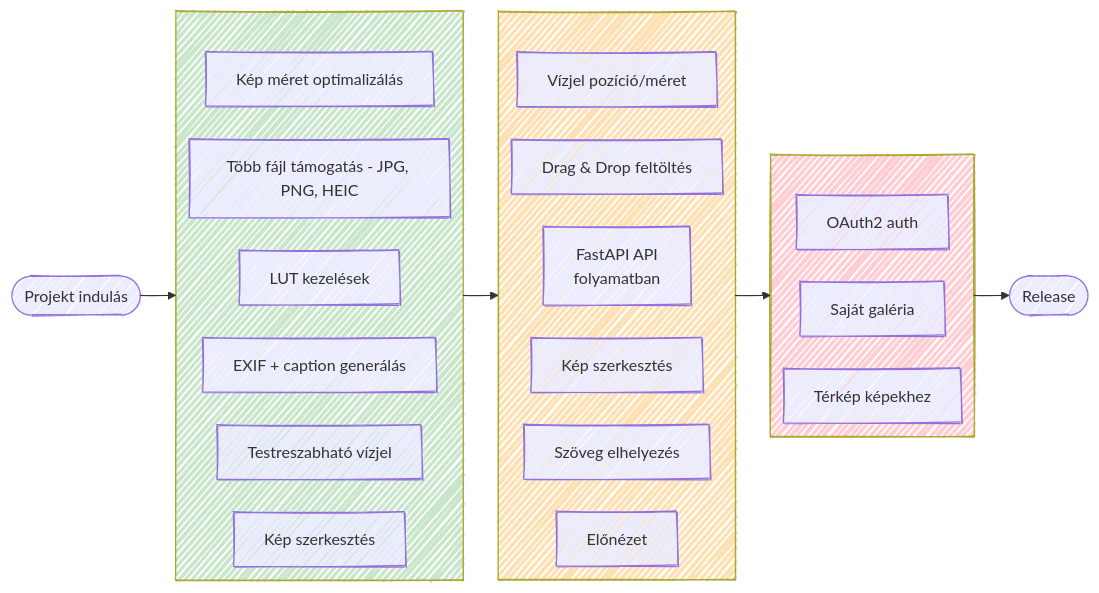
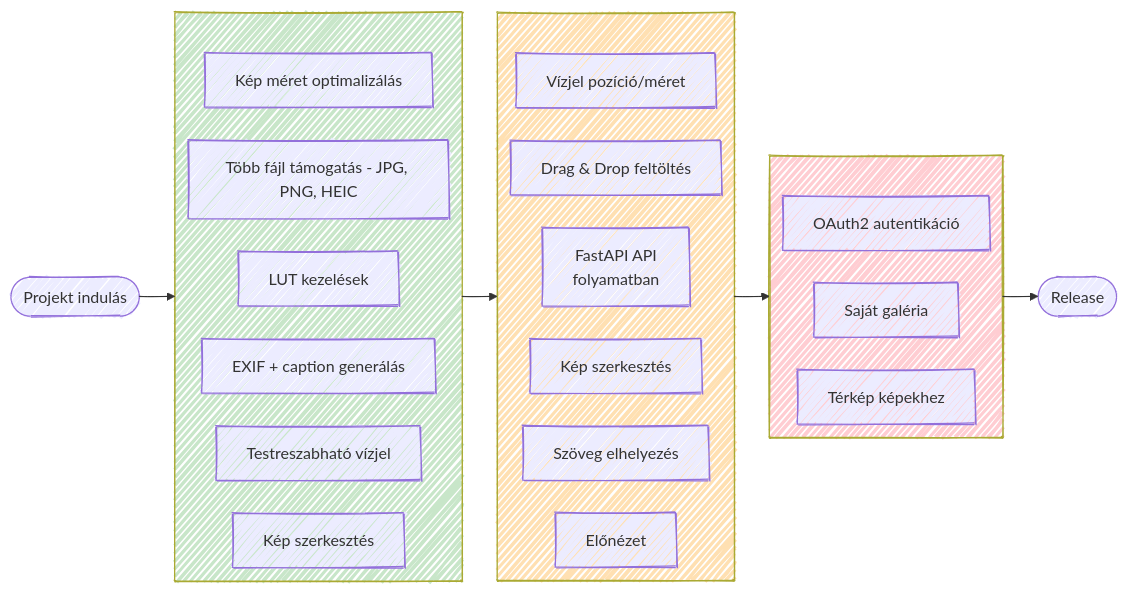
The first of 2 diagrams in README.md (bencso/ImgPrew), drawn with Mermaid before and after one commit. The commit also changed other lines of this file, not shown here.

````diff
--- a/README.md
+++ b/README.md
@@ -58,38 +71,38 @@
 ```mermaid
 ---
 config:
   look: handDrawn
   layout: elk
 ---
 flowchart LR
  subgraph MVP["<br>"]
         m1["Több fájl támogatás - JPG, PNG, HEIC"]
         m2["EXIF + caption generálás"]
         m3["Kép méret optimalizálás"]
         m4["Testreszabható vízjel"]
         m5["Kép szerkesztés"]
         m6["LUT kezelések"]
   end
  subgraph WEB["<br>"]
         w1["Drag & Drop feltöltés"]
         w2["Kép szerkesztés"]
         w3["Vízjel pozíció/méret"]
         w4["Szöveg elhelyezés"]
         w5["Előnézet"]
         w6["FastAPI API\nfolyamatban"]
   end
  subgraph ADV["</br>"]
         a1["Saját galéria"]
         a2["Térkép képekhez"]
-        a3["OAuth2 auth"]
+        a3["OAuth2 autentikáció"]
   end
     Start["Projekt indulás"] --> MVP
     MVP --> WEB
     WEB --> ADV
     ADV --> End(["Release"])
 
     Start@{ shape: terminal}
     style MVP fill:#C8E6C9,color:#00C853
     style WEB fill:#FFE0B2
     style ADV fill:#FFCDD2
 ```
````
